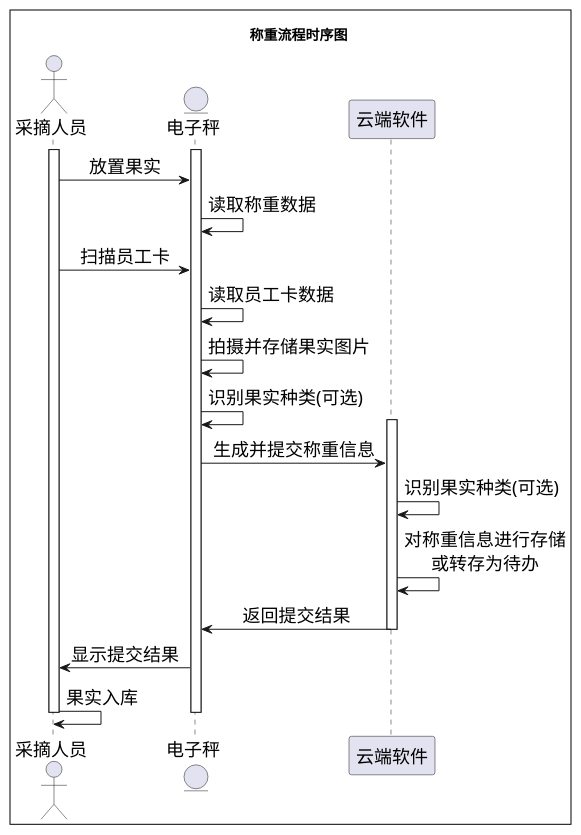
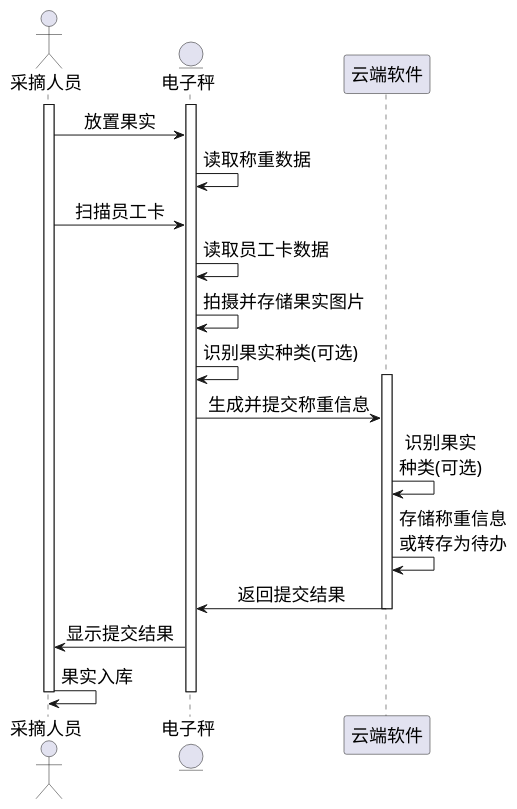
Before and after one commit to akynazh/aws: the diagram in design/称重流程时序图.puml, drawn with PlantUML. The commit also changed 5 other files, not shown here.

```diff
--- a/design/称重流程时序图.puml
+++ b/design/称重流程时序图.puml
@@ -1,35 +1,32 @@
-@startuml 称重流程时序图
+@startuml
 
 skinparam sequenceMessageAlign center
 skinparam defaultFontSize 18
 
-skinparam Diagram {
-  BorderColor black
-  BorderThickness 1
-}
-
-title 称重流程时序图
+' skinparam Diagram {
+'   BorderColor black
+'   BorderThickness 1
+' }
 
 actor 采摘人员 as staff
 entity 电子秤 as scale
 participant 云端软件 as server
-
 activate staff
 activate scale
 staff->scale: 放置果实
 scale->scale: 读取称重数据
 staff->scale: 扫描员工卡
 scale->scale: 读取员工卡数据
 scale->scale: 拍摄并存储果实图片
 scale->scale: 识别果实种类(可选)
 activate server
 scale->server: 生成并提交称重信息
-server->server: 识别果实种类(可选)
-server->server: 对称重信息进行存储\n或转存为待办
+server->server: 识别果实\n种类(可选)
+server->server: 存储称重信息\n或转存为待办
 server->scale: 返回提交结果
 deactivate server
 scale->staff: 显示提交结果
 staff->staff: 果实入库
 deactivate scale
 deactivate staff
 @enduml
```
